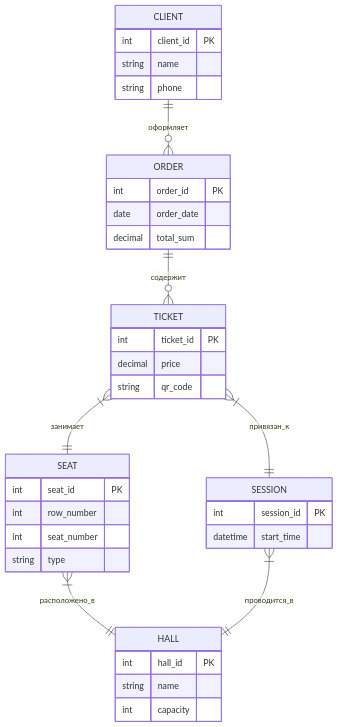
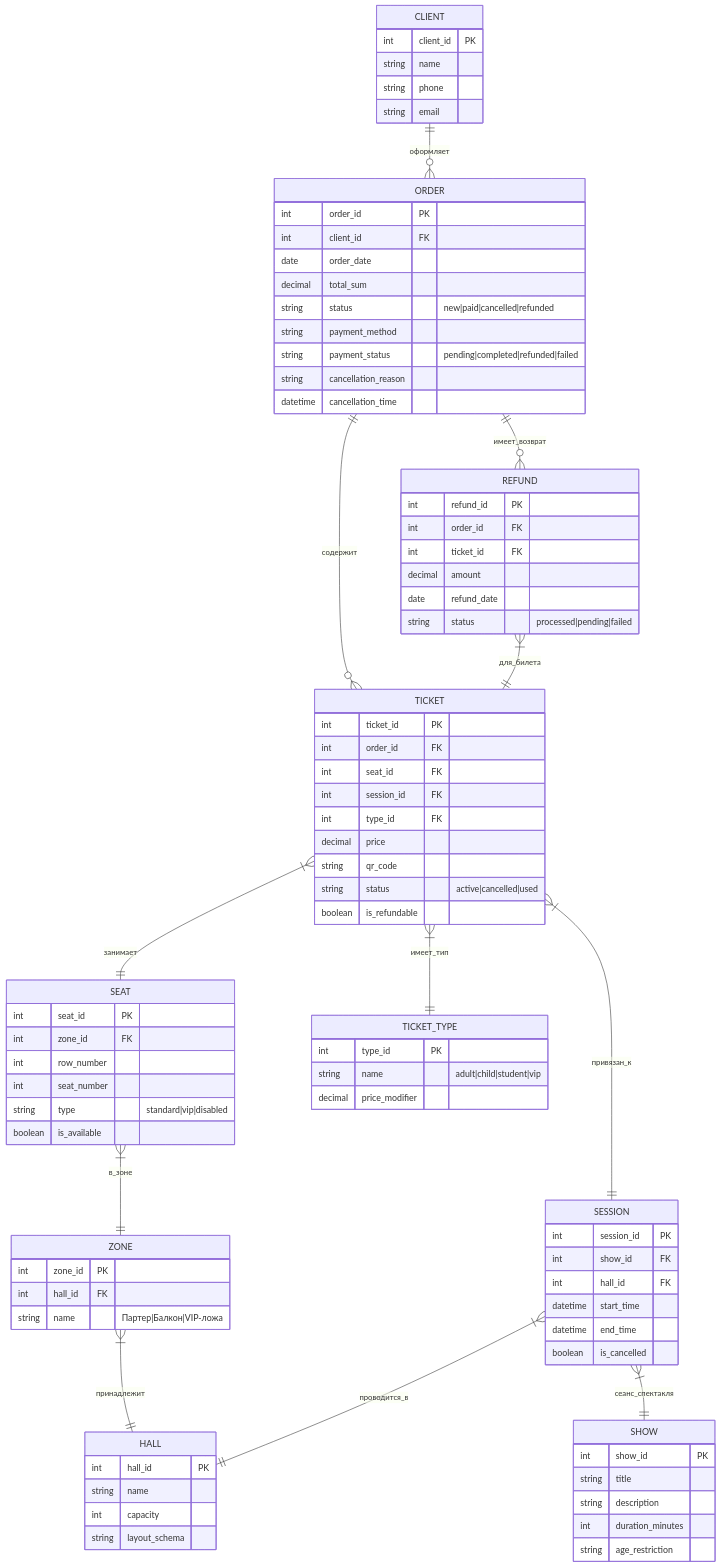
The diagram in ER/diagram.md (meowtyan228/korus-consulting), drawn with Mermaid before and after one commit. The commit also changed 1 other file, not shown here.

Commit message:
er:fixed

````diff
--- a/ER/diagram.md
+++ b/ER/diagram.md
@@ -4,41 +4,96 @@
         int client_id PK
         string name
         string phone
+        string email
     }
-    CLIENT ||--o{ ORDER : "оформляет"
     
     ORDER {
         int order_id PK
+        int client_id FK
         date order_date
         decimal total_sum
+        string status "new|paid|cancelled|refunded"
+        string payment_method
+        string payment_status "pending|completed|refunded|failed"
+        string cancellation_reason
+        datetime cancellation_time
     }
-    ORDER ||--o{ TICKET : "содержит"
     
     TICKET {
         int ticket_id PK
+        int order_id FK
+        int seat_id FK
+        int session_id FK
+        int type_id FK
         decimal price
         string qr_code
+        string status "active|cancelled|used"
+        boolean is_refundable
     }
-    TICKET }|--|| SEAT : "занимает"
-    TICKET }|--|| SESSION : "привязан_к"
     
     SEAT {
         int seat_id PK
+        int zone_id FK
         int row_number
         int seat_number
-        string type
+        string type "standard|vip|disabled"
+        boolean is_available
     }
-    SEAT }|--|| HALL : "расположено_в"
+    
+    ZONE {
+        int zone_id PK
+        int hall_id FK
+        string name "Партер|Балкон|VIP-ложа"
+    }
     
     HALL {
         int hall_id PK
         string name
         int capacity
+        string layout_schema
     }
     
     SESSION {
         int session_id PK
+        int show_id FK
+        int hall_id FK
         datetime start_time
+        datetime end_time
+        boolean is_cancelled
     }
+    
+    SHOW {
+        int show_id PK
+        string title
+        string description
+        int duration_minutes
+        string age_restriction
+    }
+    
+    REFUND {
+        int refund_id PK
+        int order_id FK
+        int ticket_id FK
+        decimal amount
+        date refund_date
+        string status "processed|pending|failed"
+    }
+    
+    TICKET_TYPE {
+        int type_id PK
+        string name "adult|child|student|vip"
+        decimal price_modifier
+    }
+
+    CLIENT ||--o{ ORDER : "оформляет"
+    ORDER ||--o{ TICKET : "содержит"
+    ORDER ||--o{ REFUND : "имеет_возврат"
+    TICKET }|--|| SEAT : "занимает"
+    TICKET }|--|| SESSION : "привязан_к"
+    TICKET }|--|| TICKET_TYPE : "имеет_тип"
+    SEAT }|--|| ZONE : "в_зоне"
+    ZONE }|--|| HALL : "принадлежит"
     SESSION }|--|| HALL : "проводится_в"
+    SESSION }|--|| SHOW : "сеанс_спектакля"
+    REFUND }|--|| TICKET : "для_билета"
 ```
````
